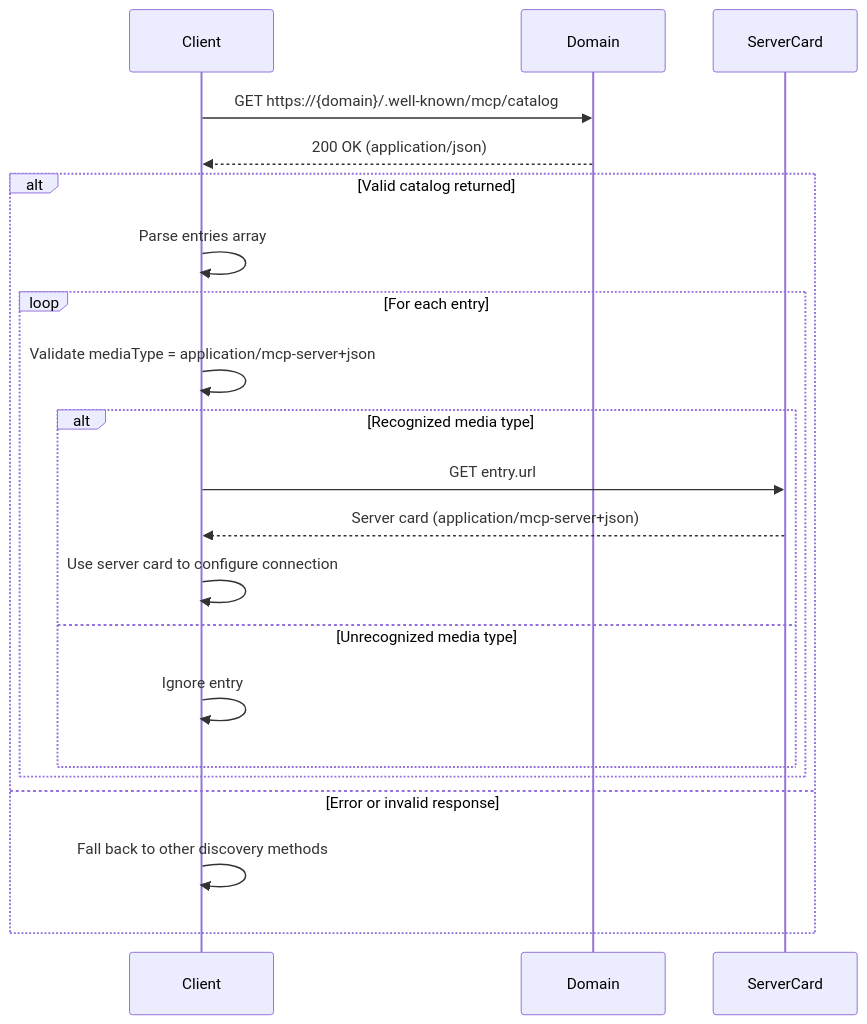
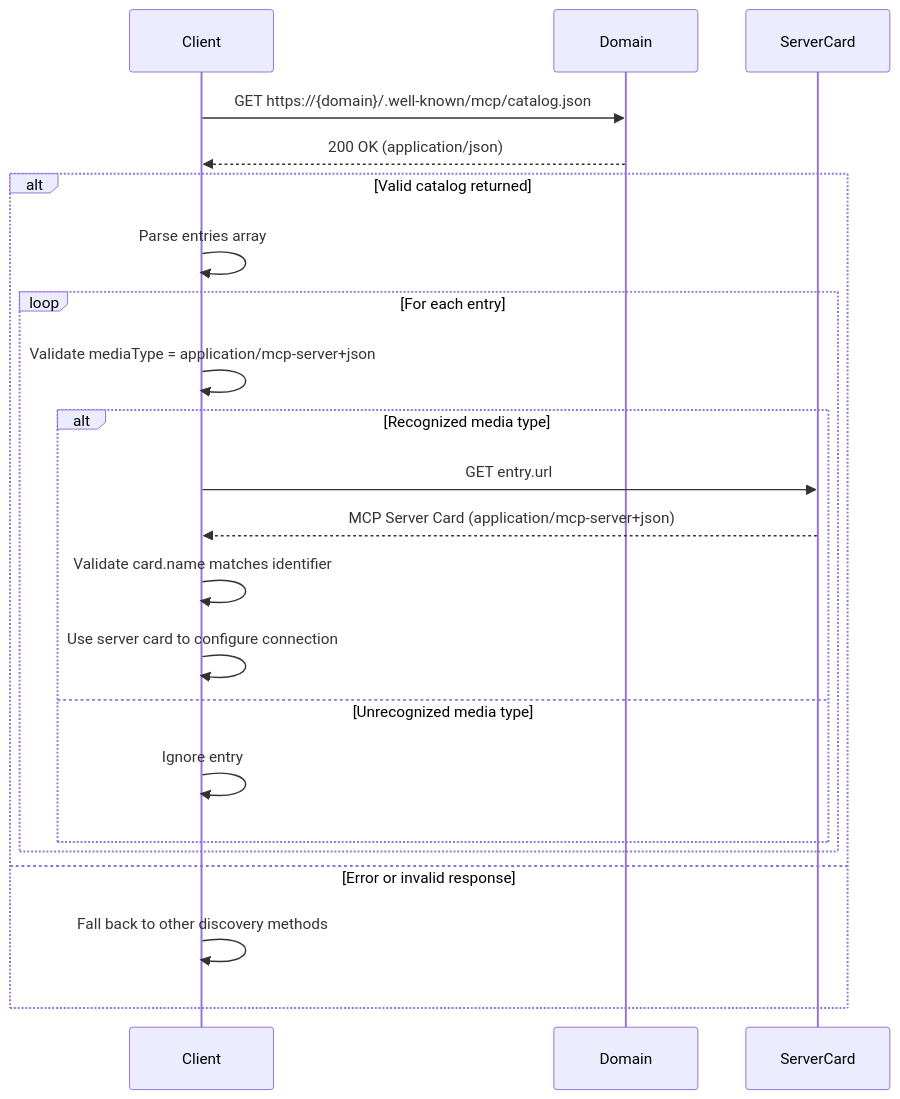
The diagram in docs/discovery.md (modelcontextprotocol/experimental-ext-server-card), drawn with Mermaid before and after one commit. The commit also changed other lines of this file, not shown here.

````diff
--- a/docs/discovery.md
+++ b/docs/discovery.md
@@ -87,25 +149,26 @@
 ```mermaid
 sequenceDiagram
     participant Client
     participant Domain
     participant ServerCard
 
-    Client->>Domain: GET https://{domain}/.well-known/mcp/catalog
+    Client->>Domain: GET https://{domain}/.well-known/mcp/catalog.json
     Domain-->>Client: 200 OK (application/json)
 
     alt Valid catalog returned
         Client->>Client: Parse entries array
         loop For each entry
             Client->>Client: Validate mediaType = application/mcp-server+json
             alt Recognized media type
                 Client->>ServerCard: GET entry.url
-                ServerCard-->>Client: Server card (application/mcp-server+json)
+                ServerCard-->>Client: MCP Server Card (application/mcp-server+json)
+                Client->>Client: Validate card.name matches identifier
                 Client->>Client: Use server card to configure connection
             else Unrecognized media type
                 Client->>Client: Ignore entry
             end
         end
     else Error or invalid response
         Client->>Client: Fall back to other discovery methods
     end
 ```
````
